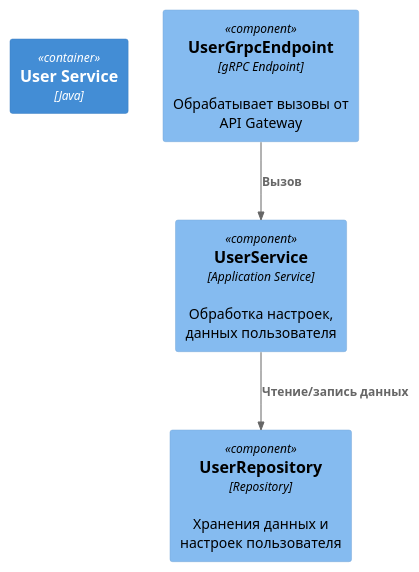
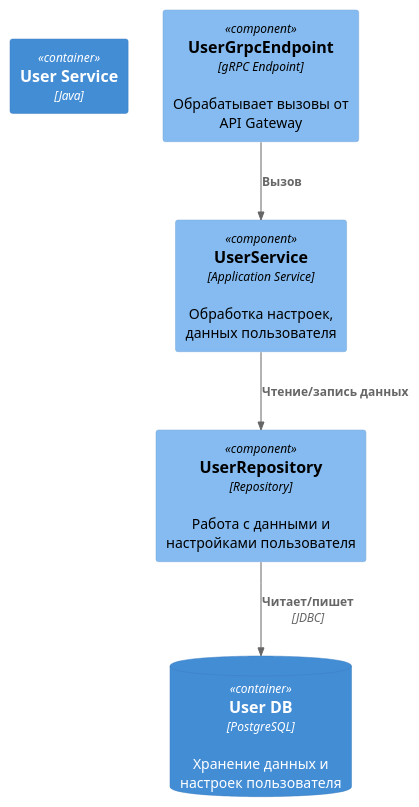
Before and after one commit to vladislavego/architecture-warmhouse: the diagram in diagrams/component/User_component.puml, drawn with PlantUML. The commit also changed 11 other files, not shown here.

```diff
--- a/diagrams/component/User_component.puml
+++ b/diagrams/component/User_component.puml
@@ -1,13 +1,15 @@
 @startuml UserService_Component
 !includeurl https://raw.githubusercontent.com/plantuml-stdlib/C4-PlantUML/master/C4_Component.puml
 
 Container(userService, "User Service", "Java")
 
 Component(api, "UserGrpcEndpoint", "gRPC Endpoint", "Обрабатывает вызовы от API Gateway")
 Component(service, "UserService", "Application Service", "Обработка настроек, данных пользователя")
-Component(repo, "UserRepository", "Repository", "Хранения данных и настроек пользователя")
+Component(repo, "UserRepository", "Repository", "Работа с данными и настройками пользователя")
+ContainerDb(userDb, "User DB", "PostgreSQL", "Хранение данных и настроек пользователя")
 
 Rel(api, service, "Вызов")
 Rel(service, repo, "Чтение/запись данных")
+Rel(repo, userDb, "Читает/пишет", "JDBC")
 
 @enduml
```
